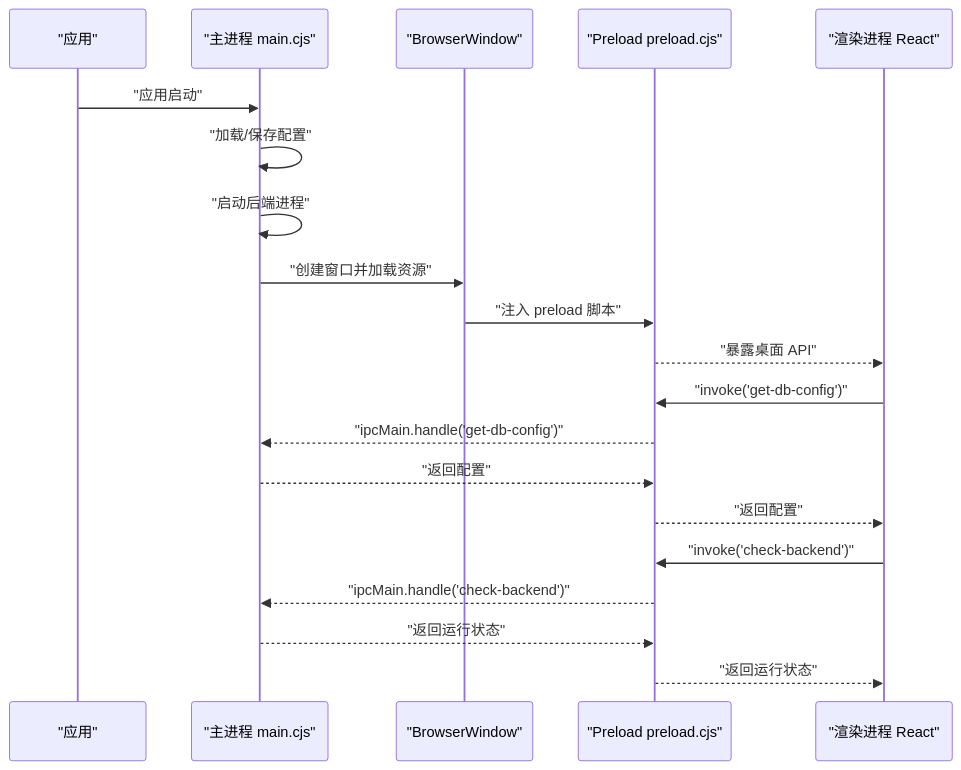
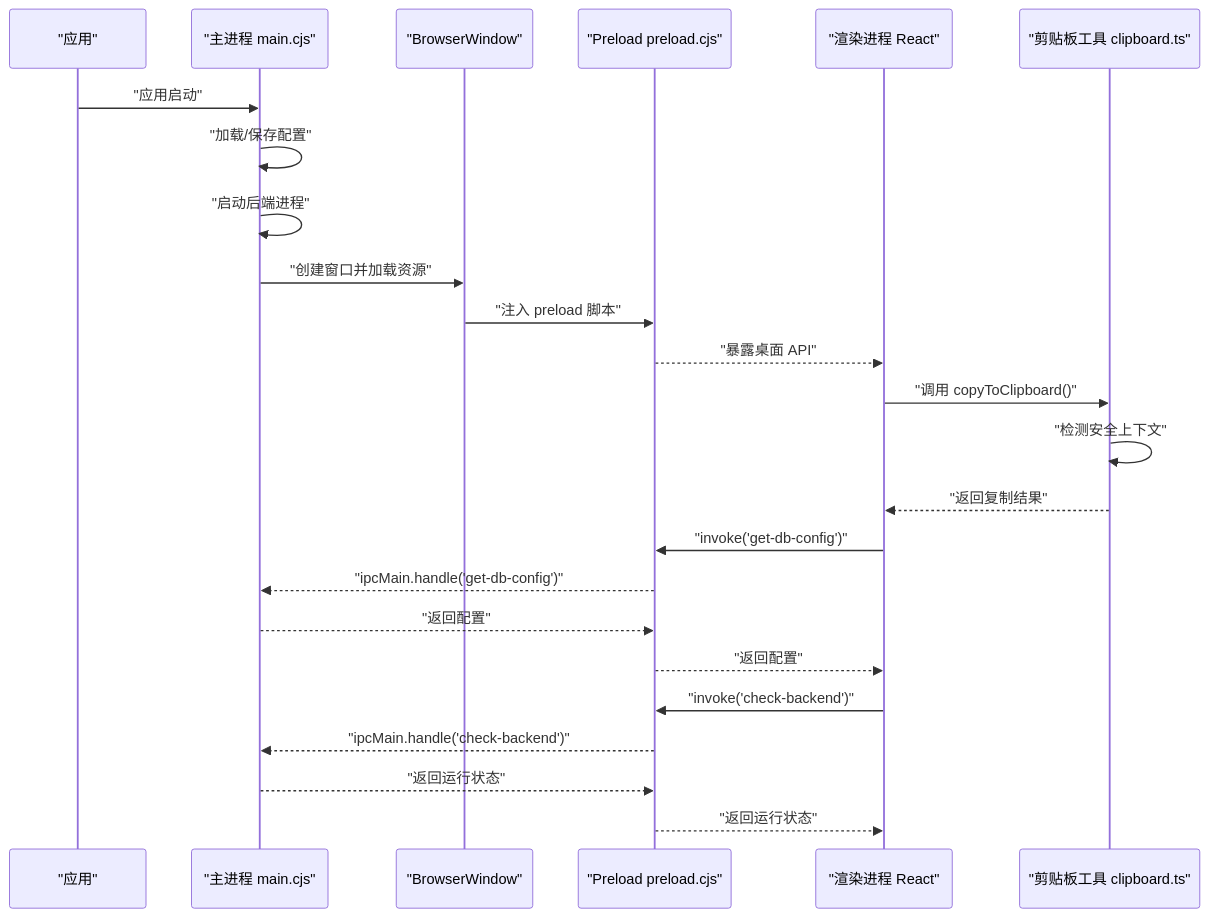
One commit to dream-ze/AI_huoke- changed the second of 10 diagrams in .qoder/repowiki/zh/content/前端应用架构/桌面应用架构.md. Above: the diagram before and after it, drawn with Mermaid. The commit also changed other lines of this file and 220 other files, not shown here.

````diff
--- a/.qoder/repowiki/zh/content/前端应用架构/桌面应用架构.md
+++ b/.qoder/repowiki/zh/content/前端应用架构/桌面应用架构.md
@@ -109,22 +125,26 @@
 ```mermaid
 sequenceDiagram
 participant App as "应用"
 participant Main as "主进程 main.cjs"
 participant Win as "BrowserWindow"
 participant Preload as "Preload preload.cjs"
 participant Renderer as "渲染进程 React"
+participant Clipboard as "剪贴板工具 clipboard.ts"
 App->>Main : "应用启动"
 Main->>Main : "加载/保存配置"
 Main->>Main : "启动后端进程"
 Main->>Win : "创建窗口并加载资源"
 Win->>Preload : "注入 preload 脚本"
 Preload-->>Renderer : "暴露桌面 API"
+Renderer->>Clipboard : "调用 copyToClipboard()"
+Clipboard->>Clipboard : "检测安全上下文"
+Clipboard-->>Renderer : "返回复制结果"
 Renderer->>Preload : "invoke('get-db-config')"
 Preload-->>Main : "ipcMain.handle('get-db-config')"
 Main-->>Preload : "返回配置"
 Preload-->>Renderer : "返回配置"
 Renderer->>Preload : "invoke('check-backend')"
 Preload-->>Main : "ipcMain.handle('check-backend')"
 Main-->>Preload : "返回运行状态"
 Preload-->>Renderer : "返回运行状态"
 ```
````
